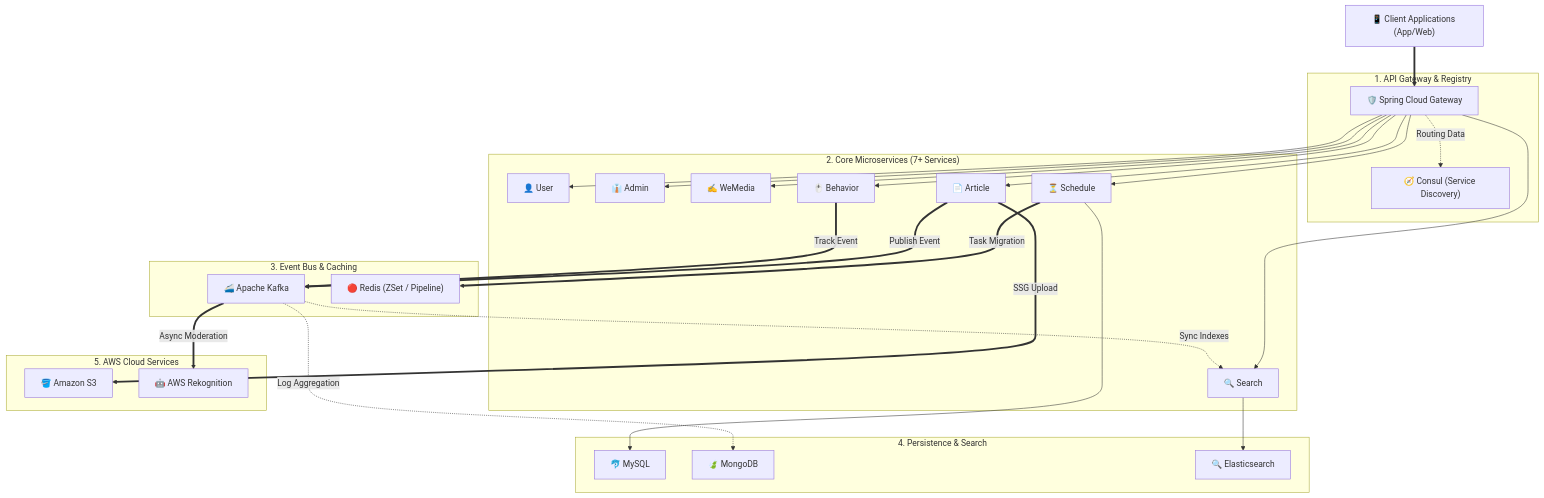
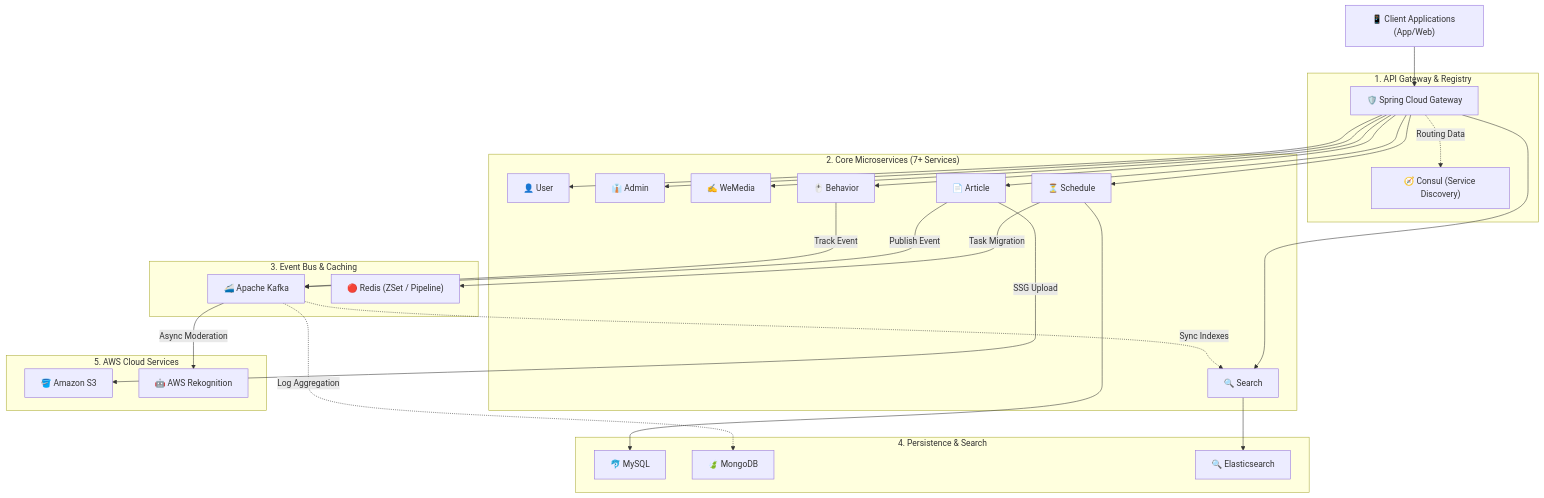
The first of 2 diagrams in README.md (hannaqq/leadnews), drawn with Mermaid before and after one commit. The commit also changed other lines of this file and 1 other file, not shown here.

````diff
--- a/README.md
+++ b/README.md
@@ -35,55 +44,55 @@
 ```mermaid
 flowchart TB
     Client["📱 Client Applications (App/Web)"]
     
     subgraph Layer1 ["1. API Gateway & Registry"]
         SCG["🛡️ Spring Cloud Gateway"]
         Consul["🧭 Consul (Service Discovery)"]
     end
     
     subgraph Layer2 ["2. Core Microservices (7+ Services)"]
         User["👤 User"]
         Admin["👔 Admin"]
         WeMedia["✍️ WeMedia"]
         Article["📄 Article"]
         Behavior["🖱️ Behavior"]
         Schedule["⏳ Schedule"]
         Search["🔍 Search"]
     end
     
     subgraph Layer3 ["3. Event Bus & Caching"]
         Kafka["🚄 Apache Kafka"]
         Redis["🔴 Redis (ZSet / Pipeline)"]
     end
     
     subgraph Layer4 ["4. Persistence & Search"]
         MySQL["🐬 MySQL"]
         MongoDB["🍃 MongoDB"]
         ES["🔍 Elasticsearch"]
     end
     
     subgraph Layer5 ["5. AWS Cloud Services"]
         S3["🪣 Amazon S3"]
         AI["🤖 AWS Rekognition"]
     end
 
     %% Tightly packed downward routing
-    Client ==> SCG
+    Client --> SCG
     SCG -.->|Routing Data| Consul
     SCG --> User & Admin & WeMedia & Article & Behavior & Schedule & Search
     
-    %% Highlight Workflows (Thick lines, standard length)
-    Article ==>|Publish Event| Kafka
-    Behavior ==>|Track Event| Kafka
-    Kafka ==>|Async Moderation| AI
+    %% Standard length pipelines (Thin lines for perfect layout)
+    Article -->|Publish Event| Kafka
+    Behavior -->|Track Event| Kafka
+    Kafka -->|Async Moderation| AI
     
     %% Standard Event Bus Fanning (Showing Kafka's multi-purpose role)
     Kafka -.->|Sync Indexes| Search
     Kafka -.->|Log Aggregation| MongoDB
     
-    Schedule ==>|Task Migration| Redis
+    Schedule -->|Task Migration| Redis
     Schedule --> MySQL
     
-    Article ==>|SSG Upload| S3
+    Article -->|SSG Upload| S3
     Search --> ES
 ```
````
